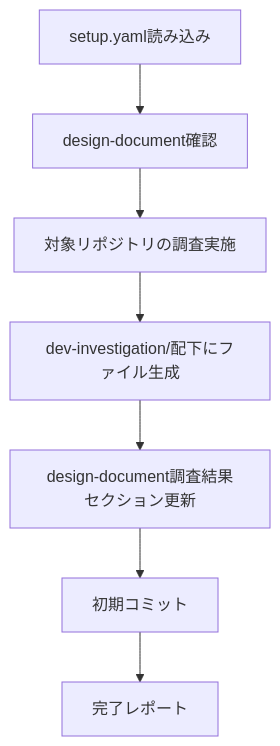
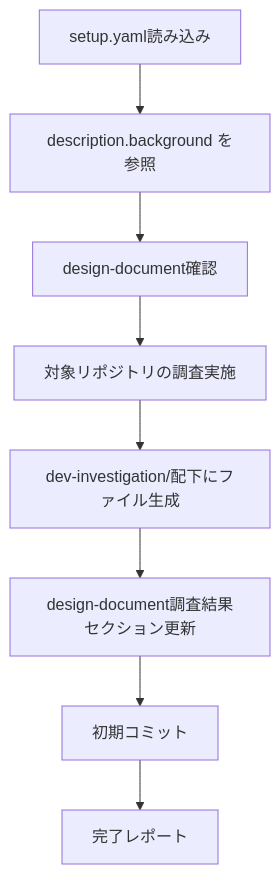
The first of 6 diagrams in .claude/skills/development/dev-investigation/SKILL.md (NagasakaH/dev-process), drawn with Mermaid before and after one commit. The commit also changed other lines of this file and 8 other files, not shown here.

````diff
--- a/.claude/skills/development/dev-investigation/SKILL.md
+++ b/.claude/skills/development/dev-investigation/SKILL.md
@@ -40,9 +56,10 @@
 ```mermaid
 flowchart TD
-    A[setup.yaml読み込み] --> B[design-document確認]
-    B --> C[対象リポジトリの調査実施]
-    C --> D[dev-investigation/配下にファイル生成]
-    D --> E[design-document調査結果セクション更新]
-    E --> F[初期コミット]
-    F --> G[完了レポート]
+    A[setup.yaml読み込み] --> B[description.background を参照]
+    B --> C[design-document確認]
+    C --> D[対象リポジトリの調査実施]
+    D --> E[dev-investigation/配下にファイル生成]
+    E --> F[design-document調査結果セクション更新]
+    F --> G[初期コミット]
+    G --> H[完了レポート]
 ```
````
